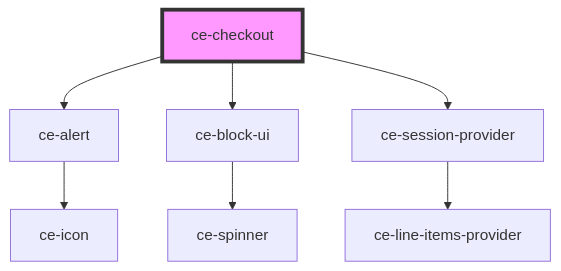
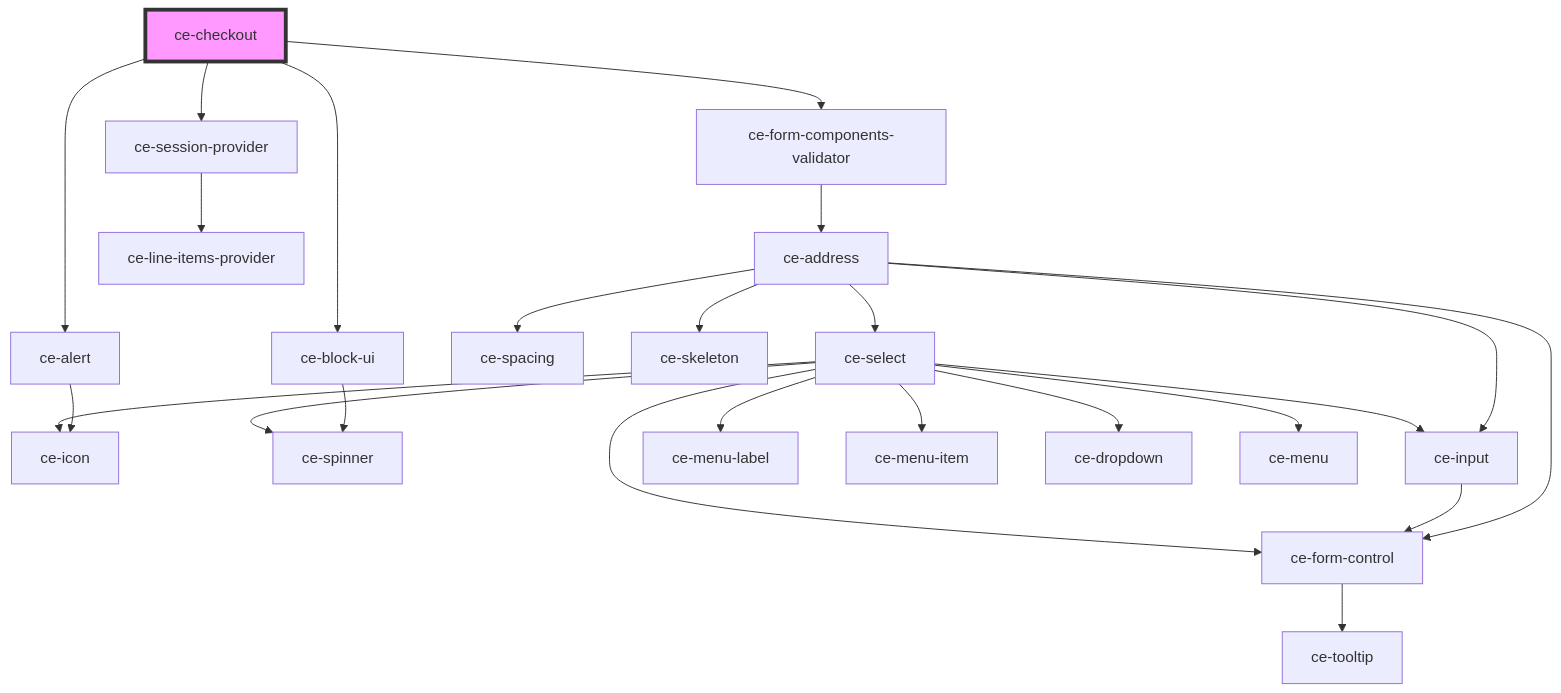
One commit to surecart/surecart-wp-plugin changed the diagram in packages/components/src/components/controllers/checkout/readme.md. Above: the diagram before and after it, drawn with Mermaid. The commit also changed other lines of this file and 24 other files, not shown here.

````diff
--- a/packages/components/src/components/controllers/checkout/readme.md
+++ b/packages/components/src/components/controllers/checkout/readme.md
@@ -33,10 +35,27 @@
 ```mermaid
 graph TD;
   ce-checkout --> ce-alert
   ce-checkout --> ce-block-ui
+  ce-checkout --> ce-form-components-validator
   ce-checkout --> ce-session-provider
   ce-alert --> ce-icon
   ce-block-ui --> ce-spinner
+  ce-form-components-validator --> ce-address
+  ce-address --> ce-input
+  ce-address --> ce-form-control
+  ce-address --> ce-spacing
+  ce-address --> ce-skeleton
+  ce-address --> ce-select
+  ce-input --> ce-form-control
+  ce-form-control --> ce-tooltip
+  ce-select --> ce-menu-label
+  ce-select --> ce-menu-item
+  ce-select --> ce-form-control
+  ce-select --> ce-dropdown
+  ce-select --> ce-icon
+  ce-select --> ce-input
+  ce-select --> ce-spinner
+  ce-select --> ce-menu
   ce-session-provider --> ce-line-items-provider
   style ce-checkout fill:#f9f,stroke:#333,stroke-width:4px
 ```
````
